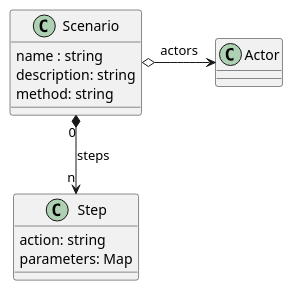
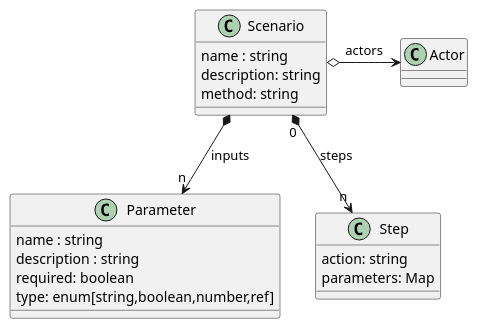
The diagram in docs/Solution/Scenario/Logical.puml (madajaju/ailtire), drawn with PlantUML before and after one commit. The commit also changed 117 other files, not shown here.

```diff
--- a/docs/Solution/Scenario/Logical.puml
+++ b/docs/Solution/Scenario/Logical.puml
@@ -1,17 +1,25 @@
 @startuml
 
 class Scenario {
     name : string
     description: string
     method: string
+}
+class Parameter {
+    name : string
+    description : string
+    required: boolean
+    type: enum[string,boolean,number,ref]
 }
 class Actor {
 }
 class Step {
     action: string
     parameters: Map
 }
 
 Scenario o-> Actor : actors
 Scenario "0" *--> "n" Step : steps
+Scenario *--> "n" Parameter : inputs
+
 @enduml
```
